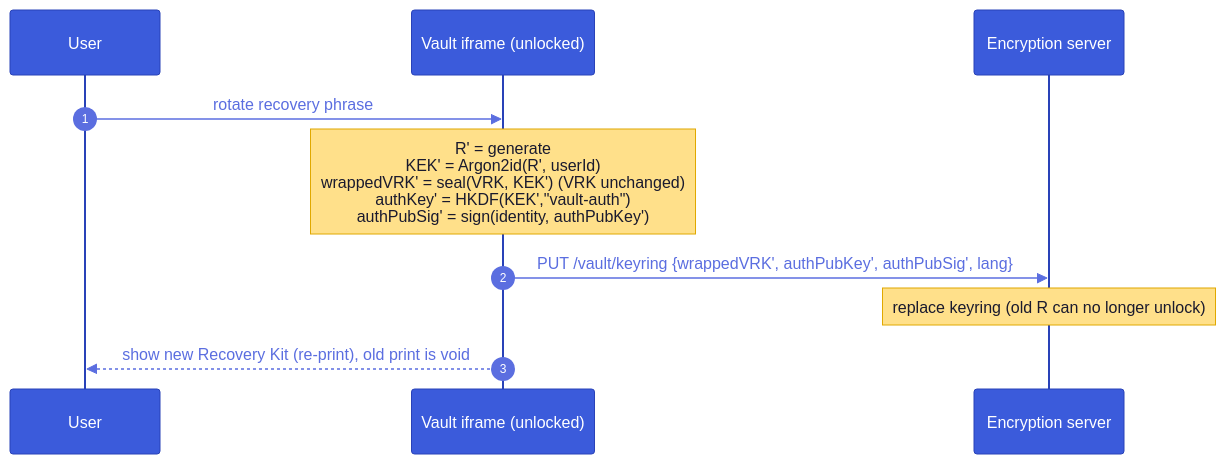
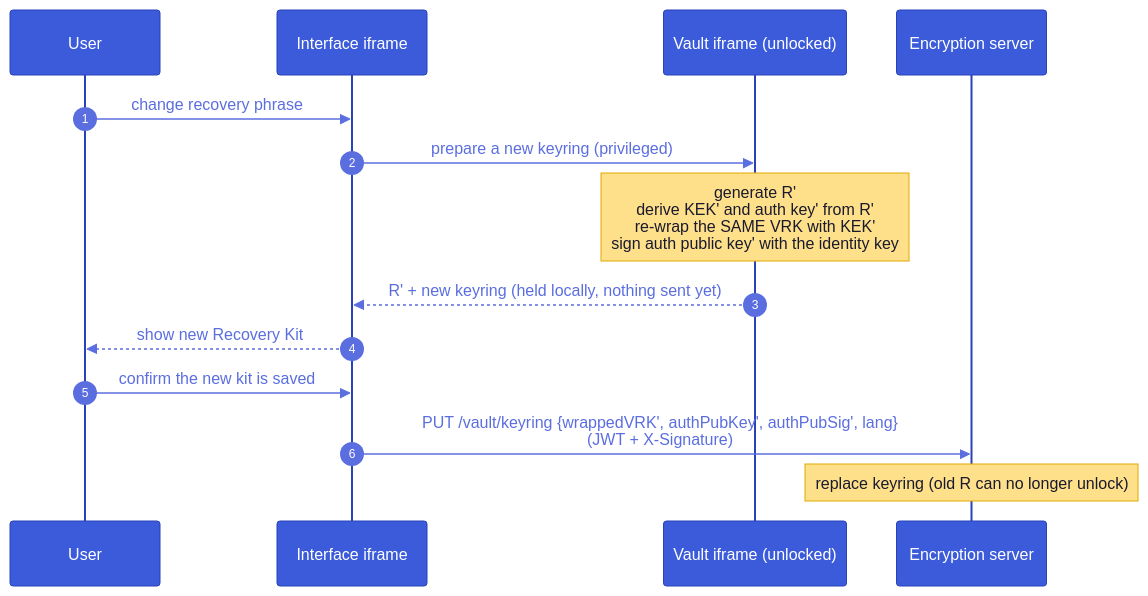
Before and after one commit to suitenumerique/encryption: diagram 14 of 22 in architecture.md, drawn with Mermaid. The commit also changed other lines of this file, not shown here.

````diff
--- a/architecture.md
+++ b/architecture.md
@@ -714,13 +1057,17 @@
 ```mermaid
 %%{init: {'theme':'base','themeVariables':{'actorBkg':'#3b5bdb','actorTextColor':'#fff','actorBorder':'#2942b8','signalColor':'#5b6ee0','signalTextColor':'#5b6ee0','noteBkgColor':'#ffe08a','noteTextColor':'#1a1a2e','noteBorderColor':'#e0a800','sequenceNumberColor':'#fff'}}}%%
 sequenceDiagram
   autonumber
   participant U as User
+  participant UI as Interface iframe
   participant V as Vault iframe (unlocked)
   participant API as Encryption server
-  U->>V: rotate recovery phrase
-  Note over V: R' = generate<br/>KEK' = Argon2id(R', userId)<br/>wrappedVRK' = seal(VRK, KEK')  (VRK unchanged)<br/>authKey' = HKDF(KEK',"vault-auth")<br/>authPubSig' = sign(identity, authPubKey')
-  V->>API: PUT /vault/keyring {wrappedVRK', authPubKey', authPubSig', lang}
+  U->>UI: change recovery phrase
+  UI->>V: prepare a new keyring (privileged)
+  Note over V: generate R'<br/>derive KEK' and auth key' from R'<br/>re-wrap the SAME VRK with KEK'<br/>sign auth public key' with the identity key
+  V-->>UI: R' + new keyring (held locally, nothing sent yet)
+  UI-->>U: show new Recovery Kit
+  U->>UI: confirm the new kit is saved
+  UI->>API: PUT /vault/keyring {wrappedVRK', authPubKey', authPubSig', lang}<br/>(JWT + X-Signature)
   Note over API: replace keyring (old R can no longer unlock)
-  V-->>U: show new Recovery Kit (re-print), old print is void
 ```
````
